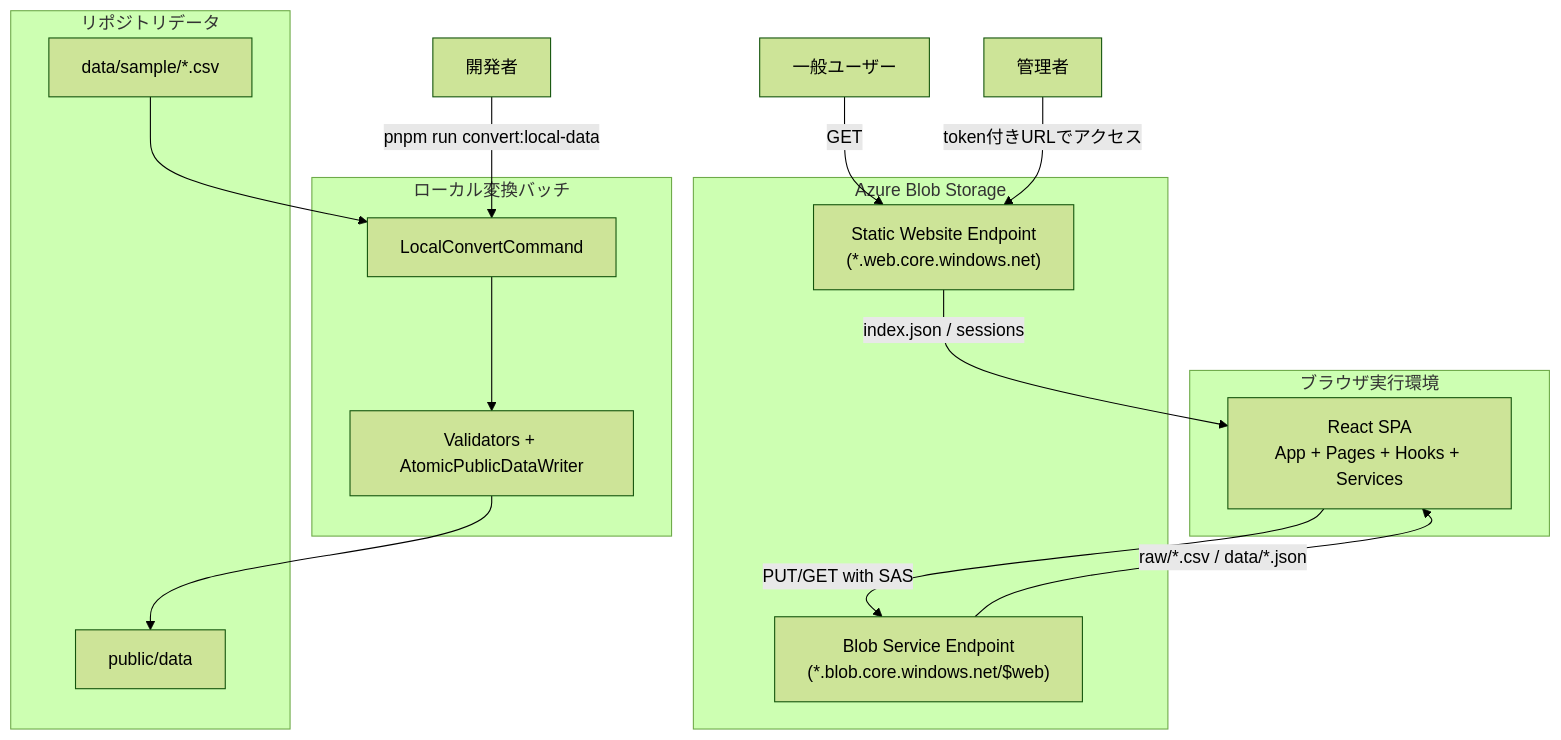
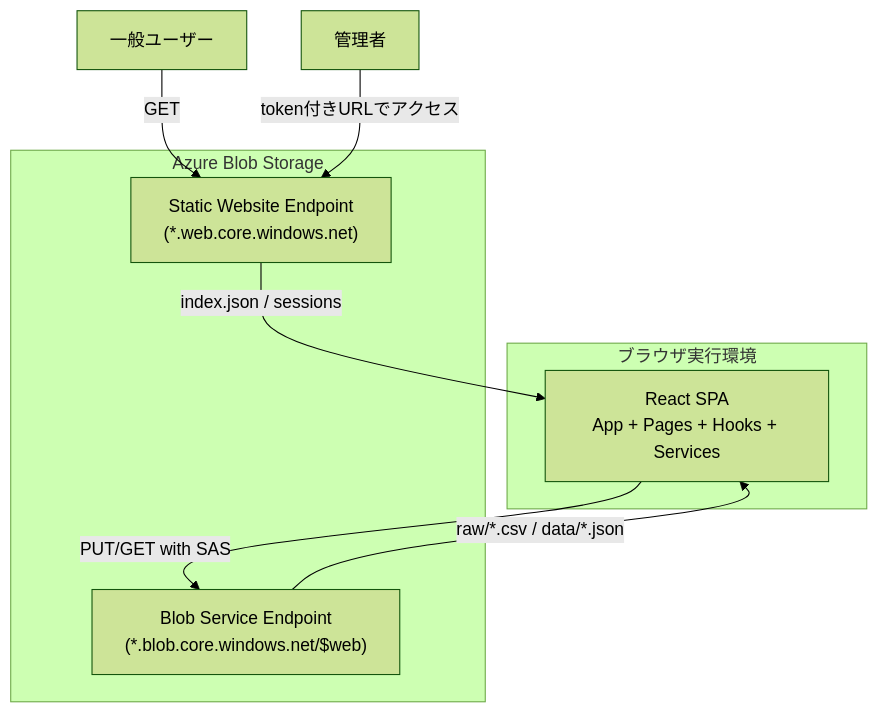
The first of 3 diagrams in docs/architecture.md (nuitsjp/teams-board), drawn with Mermaid (forest theme) before and after one commit. The commit also changed other lines of this file and 39 other files, not shown here.

First line of the commit message:
chore: convert-local-data.mjs とローカル変換パイプラインを削除

````diff
--- a/docs/architecture.md
+++ b/docs/architecture.md
@@ -25,36 +23,20 @@
 ```mermaid
 graph TD
     U[一般ユーザー]
     A[管理者]
-    D[開発者]
 
     subgraph Browser["ブラウザ実行環境"]
         SPA[React SPA<br/>App + Pages + Hooks + Services]
     end
 
     subgraph Azure["Azure Blob Storage"]
         WEB["Static Website Endpoint<br/>(*.web.core.windows.net)"]
         BLOB["Blob Service Endpoint<br/>(*.blob.core.windows.net/$web)"]
     end
 
-    subgraph Local["ローカル変換バッチ"]
-        CMD[LocalConvertCommand]
-        LB[Validators + AtomicPublicDataWriter]
-    end
-
-    subgraph Repo["リポジトリデータ"]
-        SAMPLE["data/sample/*.csv"]
-        PUBLIC["public/data"]
-    end
-
     U -->|GET| WEB
     WEB -->|index.json / sessions| SPA
     A -->|token付きURLでアクセス| WEB
     SPA -->|PUT/GET with SAS| BLOB
     BLOB -->|raw/*.csv / data/*.json| SPA
-
-    D -->|pnpm run convert:local-data| CMD
-    SAMPLE --> CMD
-    CMD --> LB
-    LB --> PUBLIC
 ```
````
